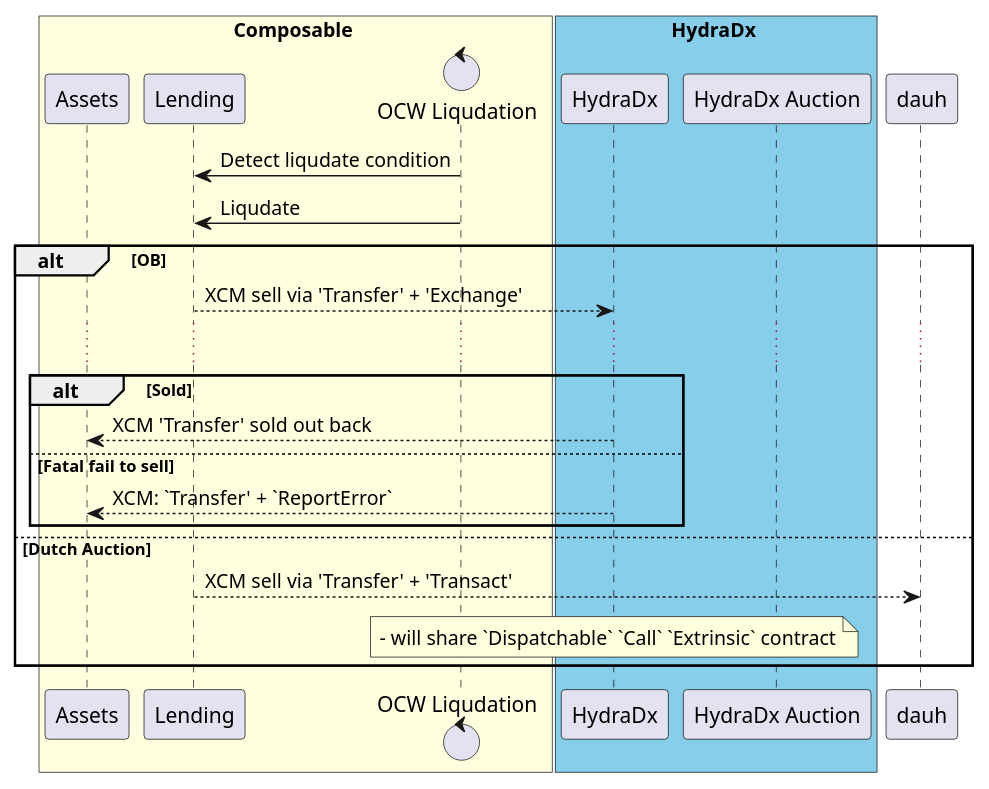
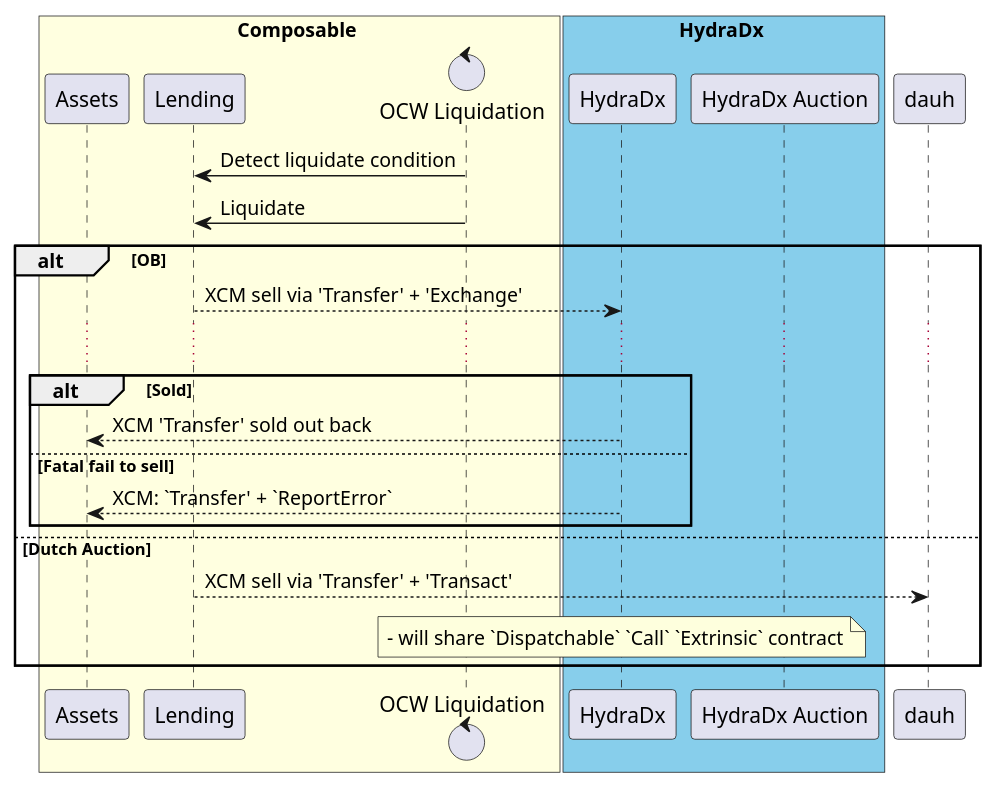
Before and after one commit to ComposableFi/composable: the diagram in frame/liquidations/external-dex-liqudation.sequence.plantuml, drawn with PlantUML. The commit also changed 7 other files, not shown here.

```diff
--- a/frame/liquidations/external-dex-liqudation.sequence.plantuml
+++ b/frame/liquidations/external-dex-liqudation.sequence.plantuml
@@ -1,34 +1,34 @@
 @startuml
 
 box Composable #LightYellow
   participant "Assets" as pallet_assets
   participant "Lending" as pallet_lending
-  control "OCW Liqudation" as ocw_liquidation
+  control "OCW Liquidation" as ocw_liquidation
 end box
 
 box HydraDx #SkyBlue
   participant "HydraDx" as pah
   participant "HydraDx Auction" as pauh
 end box
 
-ocw_liquidation -> pallet_lending: Detect liqudate condition
+ocw_liquidation -> pallet_lending: Detect liquidate condition
 
-ocw_liquidation -> pallet_lending: Liqudate
+ocw_liquidation -> pallet_lending: Liquidate
 
 alt OB
   pallet_lending --> pah: XCM sell via 'Transfer' + 'Exchange'
   ...
   alt Sold
     pah --> pallet_assets: XCM 'Transfer' sold out back
   else Fatal fail to sell
     pah --> pallet_assets: XCM: `Transfer' + `ReportError`
   end
 else Dutch Auction
   pallet_lending --> dauh: XCM sell via 'Transfer' + 'Transact'
   note over pah
     - will share `Dispatchable` `Call` `Extrinsic` contract
   end note
 end
 
 
 @enduml
```
